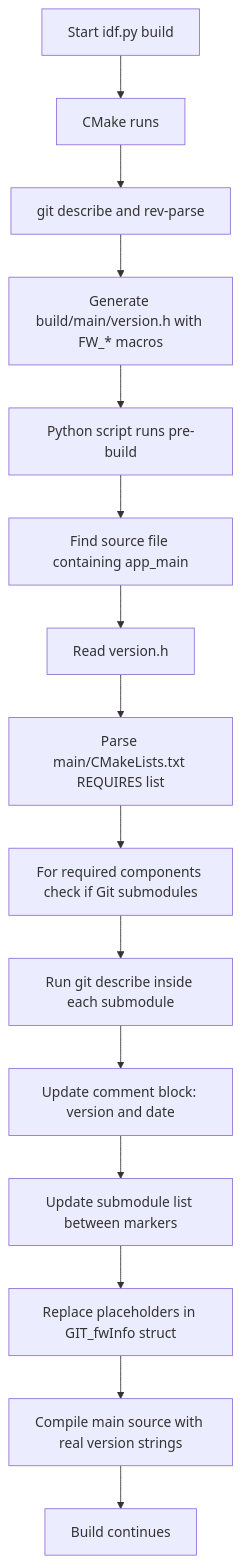
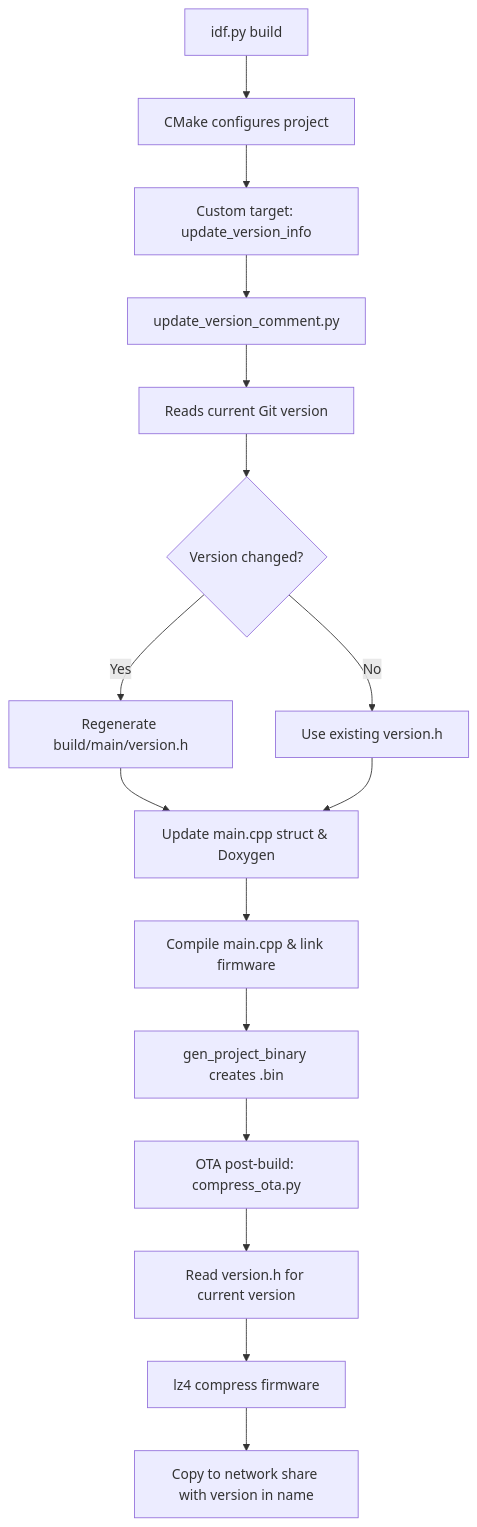
The first of 2 diagrams in tools/update_version_comment_README.md (edolis/Pxxx_template), drawn with Mermaid before and after one commit. The commit also changed other lines of this file and 4 other files, not shown here.

Commit message:
changes to have OTA firmware named with the current git version, plus auto injection of  GIT_fwInfo and update of header comment in main with version of submodules

````diff
--- a/tools/update_version_comment_README.md
+++ b/tools/update_version_comment_README.md
@@ -15,17 +7,18 @@
 ```mermaid
 flowchart TD
-    A[Start idf.py build] --> B[CMake runs]
-    B --> C[git describe and rev-parse]
-    C --> D[Generate build/main/version.h with FW_* macros]
-    D --> E[Python script runs pre-build]
-    E --> F[Find source file containing app_main]
-    F --> G[Read version.h]
-    G --> H[Parse main/CMakeLists.txt REQUIRES list]
-    H --> I[For required components check if Git submodules]
-    I --> J[Run git describe inside each submodule]
-    J --> K[Update comment block: version and date]
-    K --> L[Update submodule list between markers]
-    L --> M[Replace placeholders in GIT_fwInfo struct]
-    M --> N[Compile main source with real version strings]
-    N --> O[Build continues]
+    A[idf.py build] --> B[CMake configures project]
+    B --> C[Custom target: update_version_info]
+    C --> D[update_version_comment.py]
+    D --> E[Reads current Git version]
+    E --> F{Version changed?}
+    F -->|Yes| G[Regenerate build/main/version.h]
+    F -->|No| H[Use existing version.h]
+    G --> I[Update main.cpp struct & Doxygen]
+    H --> I
+    I --> J[Compile main.cpp & link firmware]
+    J --> K[gen_project_binary creates .bin]
+    K --> L[OTA post‑build: compress_ota.py]
+    L --> M[Read version.h for current version]
+    M --> N[lz4 compress firmware]
+    N --> O[Copy to network share with version in name]
 ```
````
